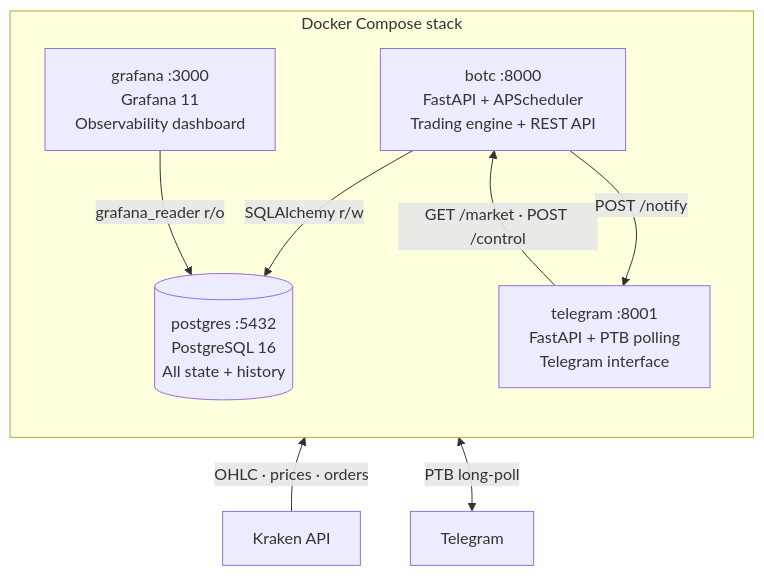
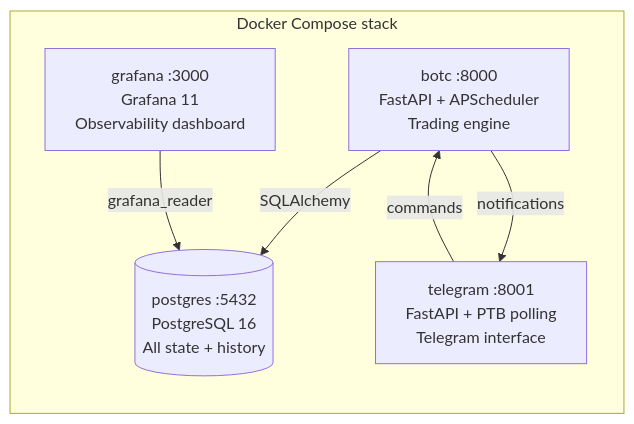
One commit to jAjiz/botcoin changed the first of 2 diagrams in README.md. Above: the diagram before and after it, drawn with Mermaid.

Commit message:
fix(docs): update architecture diagram in README for clarity and accuracy

````diff
--- a/README.md
+++ b/README.md
@@ -20,20 +20,15 @@
 ```mermaid
 graph BT
     subgraph stack["Docker Compose stack"]
         direction TB
-        botc["botc :8000\nFastAPI + APScheduler\nTrading engine + REST API"]
+        botc["botc :8000\nFastAPI + APScheduler\nTrading engine"]
         telegram["telegram :8001\nFastAPI + PTB polling\nTelegram interface"]
         postgres[("postgres :5432\nPostgreSQL 16\nAll state + history")]
         grafana["grafana :3000\nGrafana 11\nObservability dashboard"]
     end
 
-    kraken["Kraken API"]
-    tg["Telegram"]
-
-    kraken -->|"OHLC · prices · orders"| botc
-    botc -->|"SQLAlchemy r/w"| postgres
-    grafana -->|"grafana_reader r/o"| postgres
-    telegram -->|"GET /market · POST /control"| botc
-    tg <-->|"PTB long-poll"| telegram
-    botc -->|"POST /notify"| telegram
+    botc -->|"SQLAlchemy"| postgres
+    grafana -->|"grafana_reader"| postgres
+    telegram -->|"commands"| botc
+    botc -->|"notifications"| telegram
 ```
````
